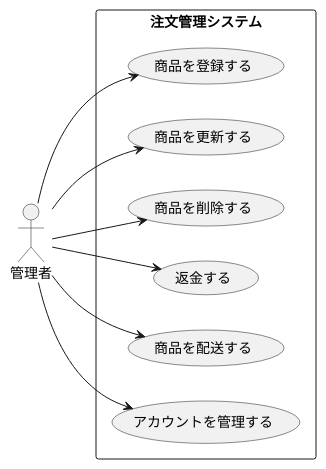
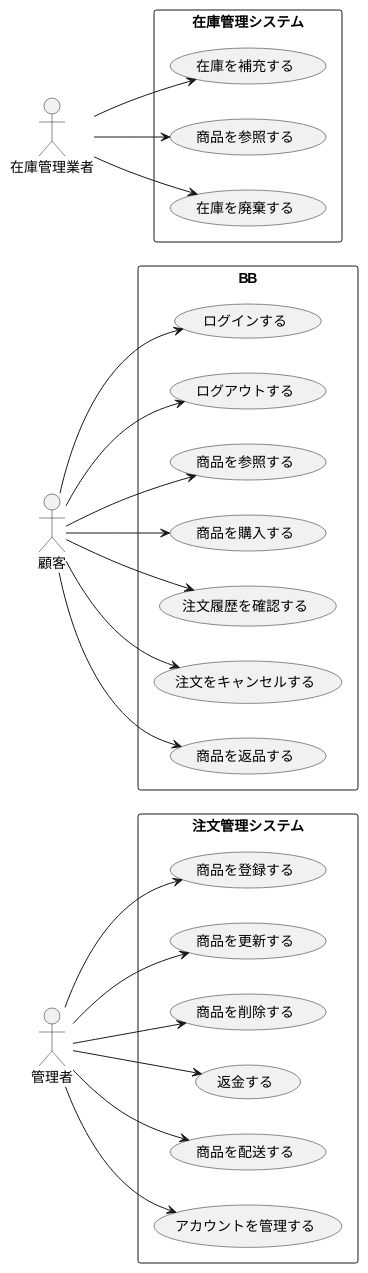
Before and after one commit to FujikawaHirono0520/group3_1_dogdog: the diagram in BB/usecase_admin.pu, drawn with PlantUML. The commit also changed 2 other files, not shown here.

```diff
--- a/BB/usecase_admin.pu
+++ b/BB/usecase_admin.pu
@@ -1,21 +1,55 @@
 @startuml BB注文管理システムユースケース図
 left to right direction
 actor 管理者
 
 rectangle 注文管理システム {
   usecase "商品を登録する" as UC1
   usecase "商品を更新する" as UC2
   usecase "商品を削除する" as UC3
   usecase "返金する" as UC4
   usecase "商品を配送する" as UC5
   usecase "アカウントを管理する" as UC6
 
 }
 
 管理者 --> UC1
 管理者 --> UC2
 管理者 --> UC3
 管理者 --> UC4
 管理者 --> UC5
 管理者 --> UC6
+
+actor 顧客
+
+rectangle BB {
+  usecase "ログインする" as UC7
+  usecase "ログアウトする" as UC8
+  usecase "商品を参照する" as UC9
+  usecase "商品を購入する" as UC10
+  usecase "注文履歴を確認する" as UC11
+  usecase "注文をキャンセルする" as UC12
+  usecase "商品を返品する" as UC13
+
+}
+
+顧客 --> UC7
+顧客 --> UC8
+顧客 --> UC9
+顧客 --> UC10
+顧客 --> UC11
+顧客 --> UC12
+顧客 --> UC13
+
+actor 在庫管理業者 as U1
+
+rectangle 在庫管理システム {
+  usecase "在庫を補充する" as UC14
+  usecase "商品を参照する" as UC15
+  usecase "在庫を廃棄する" as UC16
+
+}
+
+U1 --> UC14
+U1 --> UC15
+U1 --> UC16
 @enduml
```
